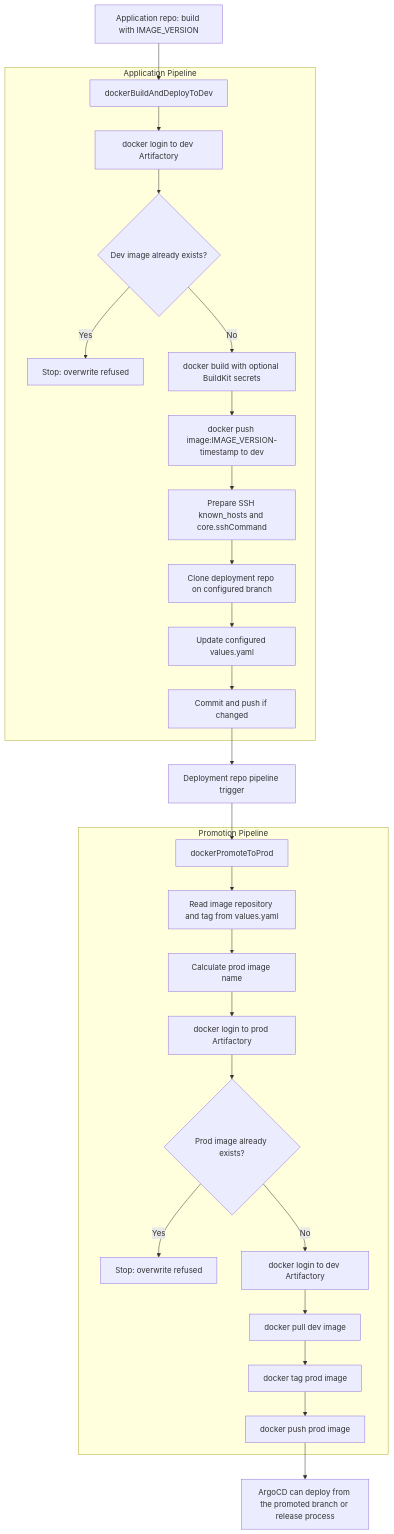
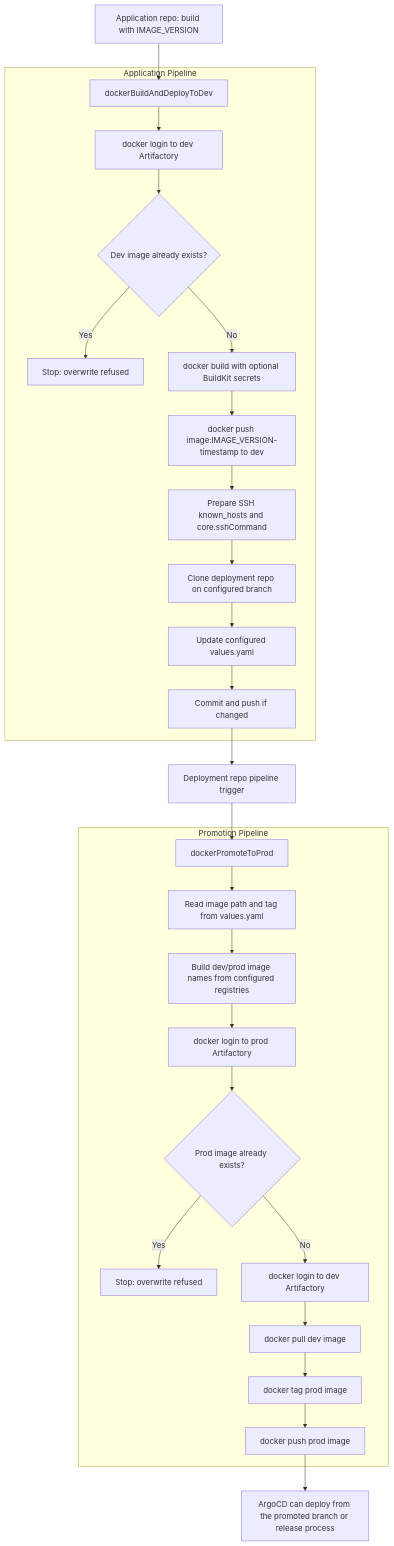
Before and after one commit to thomas-illiet/jenkins-argocd: the diagram in README.md, drawn with Mermaid. The commit also changed other lines of this file and 2 other files, not shown here.

Commit message:
fix: use configured registries for promotion

````diff
--- a/README.md
+++ b/README.md
@@ -111,33 +111,33 @@
 ```mermaid
 flowchart TD
     A["Application repo: build with IMAGE_VERSION"] --> B["dockerBuildAndDeployToDev"]
 
     subgraph APP["Application Pipeline"]
         B --> D["docker login to dev Artifactory"]
         D --> E{"Dev image already exists?"}
         E -->|Yes| F["Stop: overwrite refused"]
         E -->|No| G["docker build with optional BuildKit secrets"]
         G --> H["docker push image:IMAGE_VERSION-timestamp to dev"]
         H --> I["Prepare SSH known_hosts and core.sshCommand"]
         I --> J["Clone deployment repo on configured branch"]
         J --> K["Update configured values.yaml"]
         K --> L["Commit and push if changed"]
     end
 
     L --> M["Deployment repo pipeline trigger"]
     M --> N["dockerPromoteToProd"]
 
     subgraph PROMOTE["Promotion Pipeline"]
-        N --> P["Read image repository and tag from values.yaml"]
-        P --> Q["Calculate prod image name"]
+        N --> P["Read image path and tag from values.yaml"]
+        P --> Q["Build dev/prod image names from configured registries"]
         Q --> R["docker login to prod Artifactory"]
         R --> S{"Prod image already exists?"}
         S -->|Yes| T["Stop: overwrite refused"]
         S -->|No| U["docker login to dev Artifactory"]
         U --> V["docker pull dev image"]
         V --> W["docker tag prod image"]
         W --> X["docker push prod image"]
     end
 
     X --> Y["ArgoCD can deploy from the promoted branch or release process"]
 ```
````
